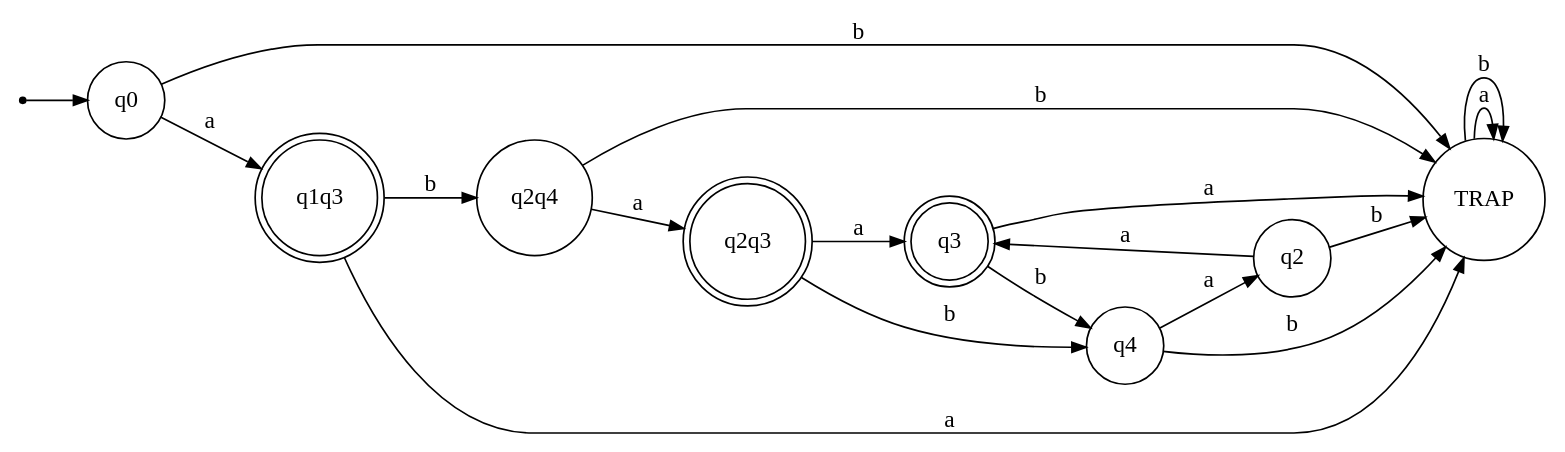
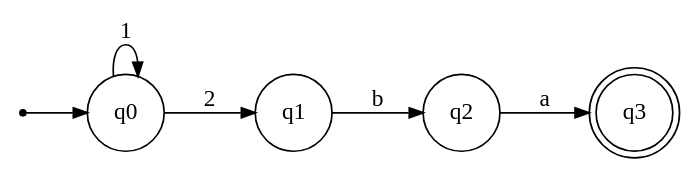
The diagram in Project1/Digraph.gv (AliSheikhAttar/TheoryofLanguagesAndAutomata), drawn with Graphviz before and after one commit. The commit also changed 11 other files, not shown here.

```diff
--- a/Project1/Digraph.gv
+++ b/Project1/Digraph.gv
@@ -1,30 +1,14 @@
 digraph {
 	ranksep=0.5 size="(8, 8)"
 	rankdir=LR
 	Initial [label="" fontsize=14.0 shape=point]
-	TRAP [fontsize=14.0 shape=circle]
 	q0 [fontsize=14.0 shape=circle]
-	q1q3 [fontsize=14.0 shape=doublecircle]
+	q1 [fontsize=14.0 shape=circle]
 	q2 [fontsize=14.0 shape=circle]
-	q2q3 [fontsize=14.0 shape=doublecircle]
-	q2q4 [fontsize=14.0 shape=circle]
 	q3 [fontsize=14.0 shape=doublecircle]
-	q4 [fontsize=14.0 shape=circle]
 	Initial -> q0 [arrowsize=0.85]
-	q0 -> q1q3 [label=" a " arrowsize=0.85 fontsize=14.0]
-	q0 -> TRAP [label=" b " arrowsize=0.85 fontsize=14.0]
-	q1q3 -> TRAP [label=" a " arrowsize=0.85 fontsize=14.0]
-	q1q3 -> q2q4 [label=" b " arrowsize=0.85 fontsize=14.0]
-	TRAP -> TRAP [label=" a " arrowsize=0.85 fontsize=14.0]
-	TRAP -> TRAP [label=" b " arrowsize=0.85 fontsize=14.0]
-	q2q4 -> q2q3 [label=" a " arrowsize=0.85 fontsize=14.0]
-	q2q4 -> TRAP [label=" b " arrowsize=0.85 fontsize=14.0]
-	q2q3 -> q3 [label=" a " arrowsize=0.85 fontsize=14.0]
-	q2q3 -> q4 [label=" b " arrowsize=0.85 fontsize=14.0]
-	q3 -> TRAP [label=" a " arrowsize=0.85 fontsize=14.0]
-	q3 -> q4 [label=" b " arrowsize=0.85 fontsize=14.0]
-	q4 -> q2 [label=" a " arrowsize=0.85 fontsize=14.0]
-	q4 -> TRAP [label=" b " arrowsize=0.85 fontsize=14.0]
+	q0 -> q0 [label=" 1 " arrowsize=0.85 fontsize=14.0]
+	q0 -> q1 [label=" 2 " arrowsize=0.85 fontsize=14.0]
+	q1 -> q2 [label=" b " arrowsize=0.85 fontsize=14.0]
 	q2 -> q3 [label=" a " arrowsize=0.85 fontsize=14.0]
-	q2 -> TRAP [label=" b " arrowsize=0.85 fontsize=14.0]
 }
```
